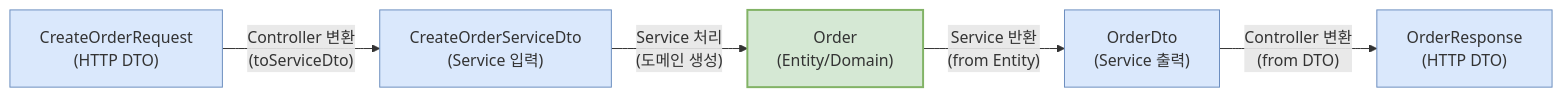
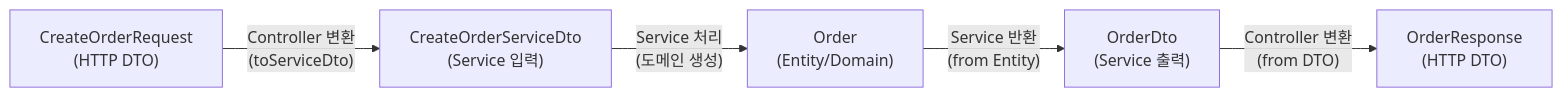
Before and after one commit to yjkim2015/yjkim2015.github.io: the third of 3 diagrams in _posts/architecture/2026-05-01-layered.md, drawn with Mermaid. The commit also changed other lines of this file and 215 other files, not shown here.

First line of the commit message:
신규 포스트 10개 추가 + Mermaid 전면 축소 + SystemDesign 시리즈 보강

````diff
--- a/_posts/architecture/2026-05-01-layered.md
+++ b/_posts/architecture/2026-05-01-layered.md
@@ -324,19 +302,12 @@
 ```mermaid
 graph LR
     REQ["CreateOrderRequest\n(HTTP DTO)"]
     SVC_IN["CreateOrderServiceDto\n(Service 입력)"]
     ENT["Order\n(Entity/Domain)"]
     SVC_OUT["OrderDto\n(Service 출력)"]
     RES["OrderResponse\n(HTTP DTO)"]
-
     REQ -->|"Controller 변환\n(toServiceDto)"| SVC_IN
     SVC_IN -->|"Service 처리\n(도메인 생성)"| ENT
     ENT -->|"Service 반환\n(from Entity)"| SVC_OUT
     SVC_OUT -->|"Controller 변환\n(from DTO)"| RES
-
-    classDef dto fill:#DAE8FC,stroke:#6C8EBF
-    classDef entity fill:#D5E8D4,stroke:#82B366,stroke-width:2px
-
-    class REQ,SVC_IN,SVC_OUT,RES dto
-    class ENT entity
 ```
````
